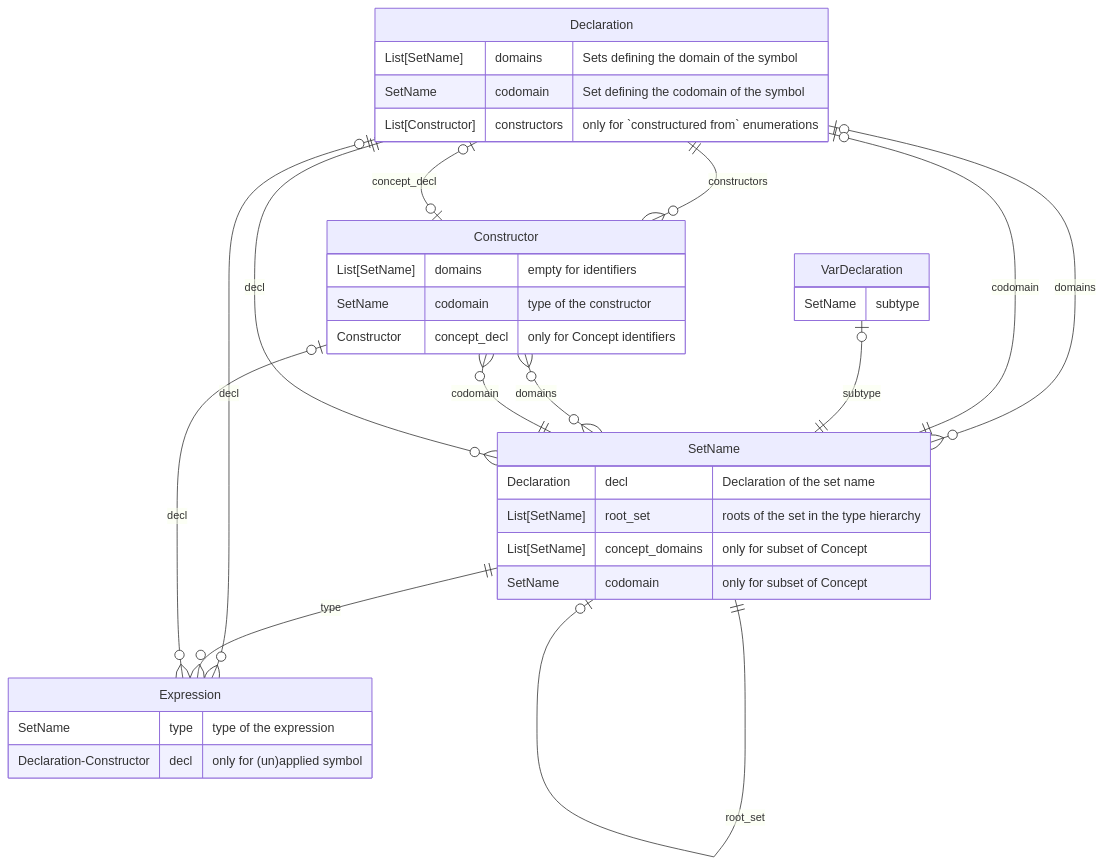
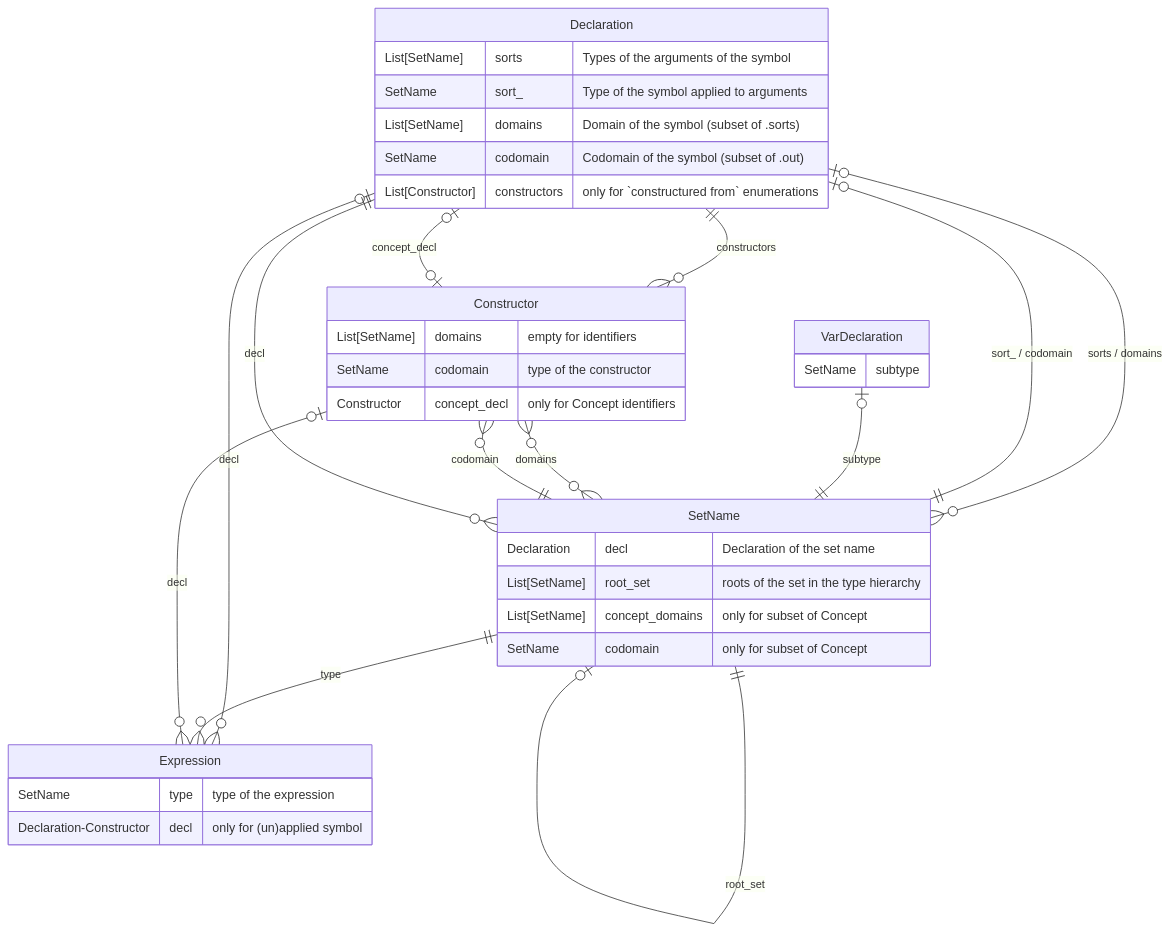
Before and after one commit to Sobhangh/IDP-Z3: the diagram in docs/Diagrams.md, drawn with Mermaid. The commit also changed 19 other files, not shown here.

````diff
--- a/docs/Diagrams.md
+++ b/docs/Diagrams.md
@@ -8,41 +8,43 @@
 ```{mermaid}
 erDiagram
-    Declaration |o--o{ SetName : domains
-    Declaration |o--|| SetName: codomain
+    Declaration |o--o{ SetName : "sorts / domains"
+    Declaration |o--|| SetName: "sort_ / codomain"
     Declaration |o--o{ Expression: decl
     VarDeclaration |o--|| SetName: subtype
     SetName }o--|| Declaration: decl
     SetName |o--o{ SetName: concept_domains
     SetName |o--o| SetName: codomain
     SetName ||--o{ Expression: type
     SetName ||--o| SetName: root_set
     Constructor }o--o{ SetName : domains
     Constructor }o--|| SetName : codomain
     Constructor |o--o| Declaration: concept_decl
     Constructor |o--o{ Expression: decl
     Declaration ||--o{ Constructor: constructors
 
     Declaration {
-        List[SetName] domains "Sets defining the domain of the symbol"
-        SetName codomain "Set defining the codomain of the symbol"
+        List[SetName]   sorts   "Types of the arguments of the symbol"
+        SetName         sort_     "Type of the symbol applied to arguments"
+        List[SetName]   domains "Domain of the symbol (subset of .sorts)"
+        SetName         codomain "Codomain of the symbol (subset of .out)"
         List[Constructor] constructors "only for `constructured from` enumerations"
     }
     VarDeclaration {
         SetName subtype
     }
     SetName {
-        Declaration decl "Declaration of the set name"
-        List[SetName] root_set "roots of the set in the type hierarchy"
-        List[SetName] concept_domains "only for subset of Concept"
-        SetName codomain "only for subset of Concept"
+        Declaration     decl        "Declaration of the set name"
+        List[SetName]   root_set    "roots of the set in the type hierarchy"
+        List[SetName]   concept_domains "only for subset of Concept"
+        SetName         codomain    "only for subset of Concept"
     }
     Expression {
-        SetName type "type of the expression"
+        SetName                 type "type of the expression"
         Declaration-Constructor decl "only for (un)applied symbol"
     }
     Constructor {
-        List[SetName] domains "empty for identifiers"
-        SetName codomain  "type of the constructor"
-        Constructor concept_decl "only for Concept identifiers"
+        List[SetName]   domains     "empty for identifiers"
+        SetName         codomain    "type of the constructor"
+        Constructor     concept_decl "only for Concept identifiers"
     }
 ```
````
